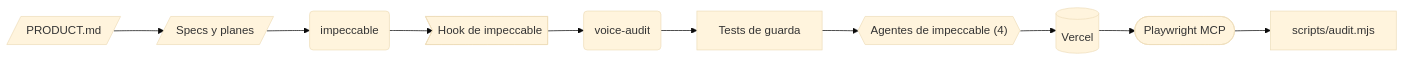
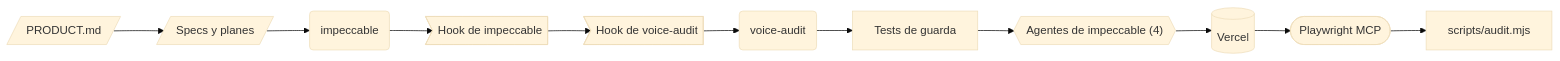
Before and after one commit to vctrmz/claude-estudio: the fourth of 9 diagrams in mapa/MAPA.md, drawn with Mermaid (base theme). The commit also changed other lines of this file and 1 other file, not shown here.

````diff
--- a/mapa/MAPA.md
+++ b/mapa/MAPA.md
@@ -165,22 +172,24 @@
 ```mermaid
 flowchart LR
   product_md[/"PRODUCT.md"/]
   specs[/"Specs y planes"/]
   impeccable("impeccable")
   hook_impeccable>"Hook de impeccable"]
+  hook_voice_audit>"Hook de voice-audit"]
   voice_audit("voice-audit")
   tests["Tests de guarda"]
   agentes_impeccable{{"Agentes de impeccable (4)"}}
   vercel[("Vercel")]
   playwright_mcp(["Playwright MCP"])
   audit_script["scripts/audit.mjs"]
   product_md --> specs
   specs --> impeccable
   impeccable --> hook_impeccable
-  hook_impeccable --> voice_audit
+  hook_impeccable --> hook_voice_audit
+  hook_voice_audit --> voice_audit
   voice_audit --> tests
   tests --> agentes_impeccable
   agentes_impeccable --> vercel
   vercel --> playwright_mcp
   playwright_mcp --> audit_script
 ```
````
